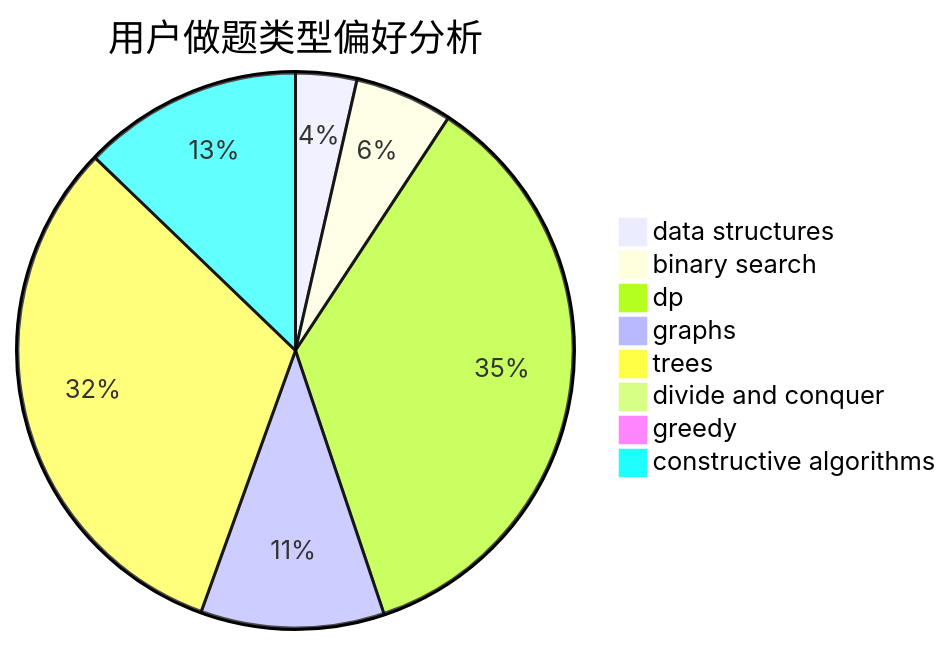
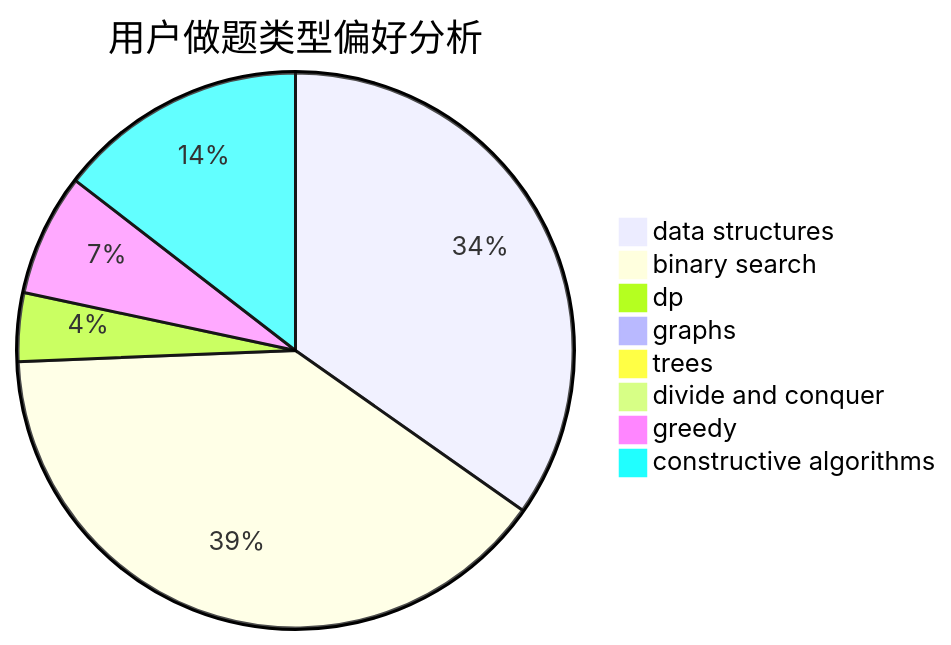
Before and after one commit to sherpahu/cfrs.github.io: the second of 3 diagrams in docs/user/u1833.md, drawn with Mermaid. The commit also changed other lines of this file and 2770 other files, not shown here.

````diff
--- a/docs/user/u1833.md
+++ b/docs/user/u1833.md
@@ -23,11 +23,11 @@
 ```mermaid
 pie title 用户做题类型偏好分析
-    "data structures" :  10
-    "binary search" :  16
-    "dp" :  100
-    "graphs" :  30
-    "trees" :  89
+    "data structures" :  122
+    "binary search" :  139
+    "dp" :  14
+    "graphs" :  2
+    "trees" :  2
     "divide and conquer" :  0
-    "greedy" :  1
-    "constructive algorithms" :  36
+    "greedy" :  25
+    "constructive algorithms" :  51
 ```
````
